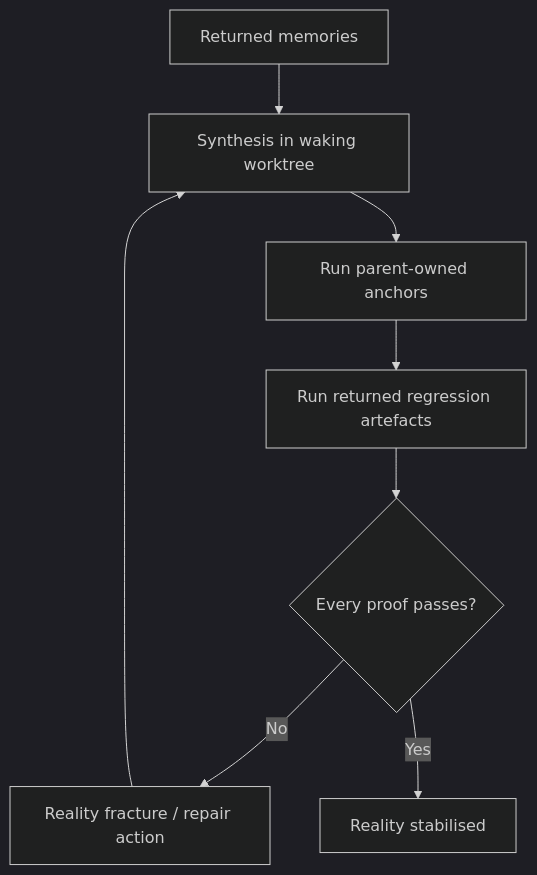
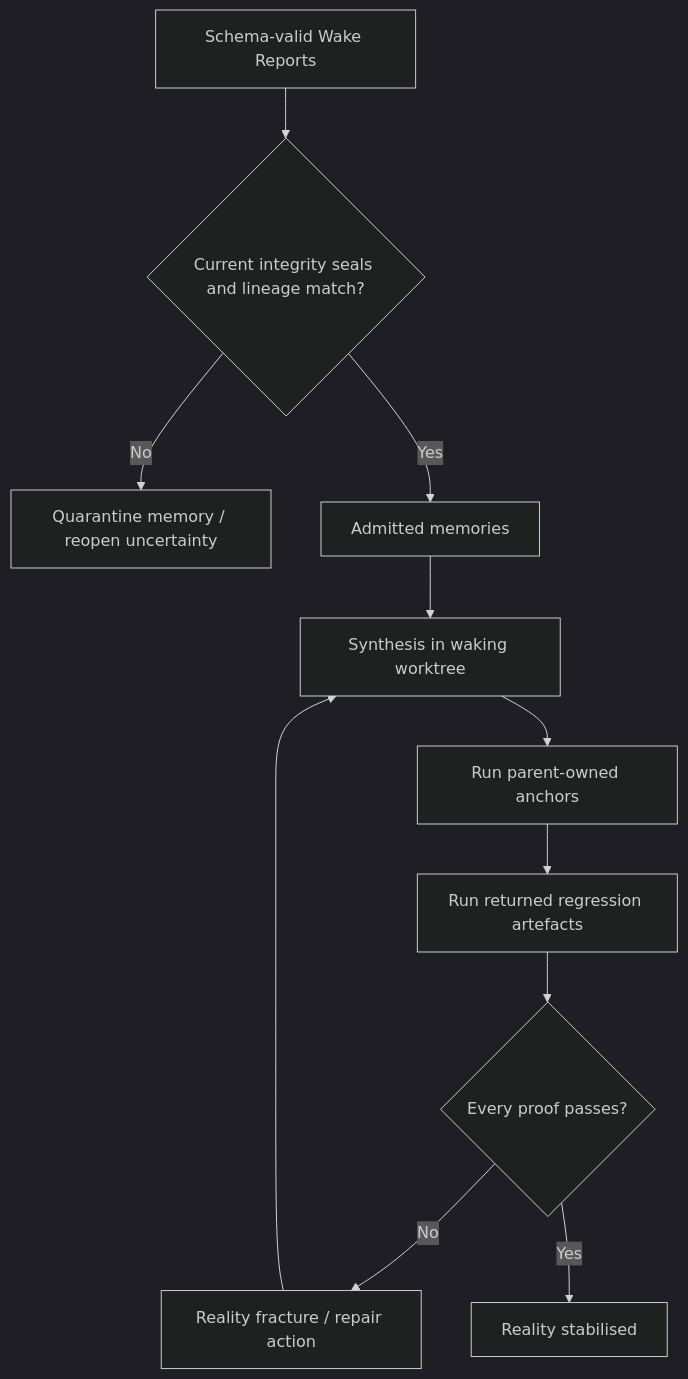
One commit to alangunning/inception-reality-engine changed the fifth of 5 diagrams in docs/RUNTIME_FLOWS.md. Above: the diagram before and after it, drawn with Mermaid (dark theme). The commit also changed other lines of this file and 42 other files, not shown here.

````diff
--- a/docs/RUNTIME_FLOWS.md
+++ b/docs/RUNTIME_FLOWS.md
@@ -126,10 +155,13 @@
 ```mermaid
 flowchart TD
-  M[Returned memories] --> S[Synthesis in waking worktree]
+  W[Schema-valid Wake Reports] --> T{Current integrity seals and lineage match?}
+  T -->|No| X[Quarantine memory / reopen uncertainty]
+  T -->|Yes| M[Admitted memories]
+  M --> S[Synthesis in waking worktree]
   S --> A[Run parent-owned anchors]
   A --> R[Run returned regression artefacts]
-  R --> Q{Every proof passes?}
-  Q -->|No| F[Reality fracture / repair action]
+  R --> P{Every proof passes?}
+  P -->|No| F[Reality fracture / repair action]
   F --> S
-  Q -->|Yes| Z[Reality stabilised]
+  P -->|Yes| Z[Reality stabilised]
 ```
````
